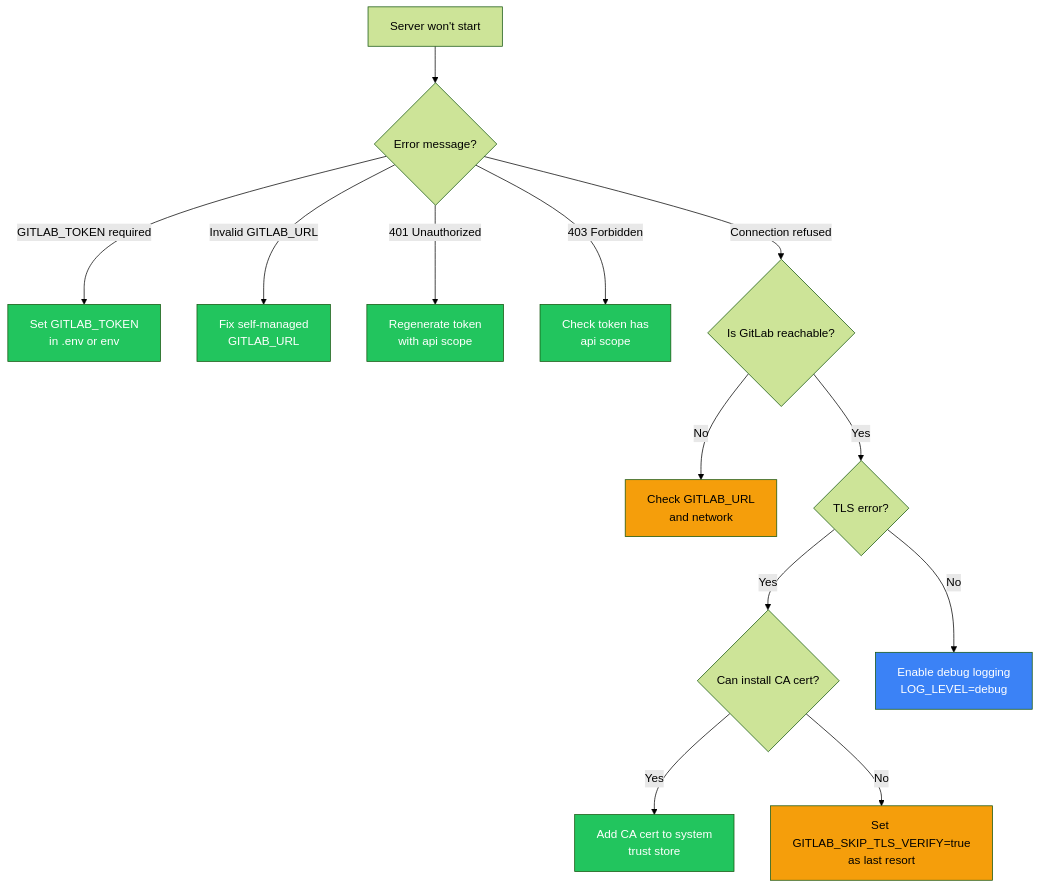
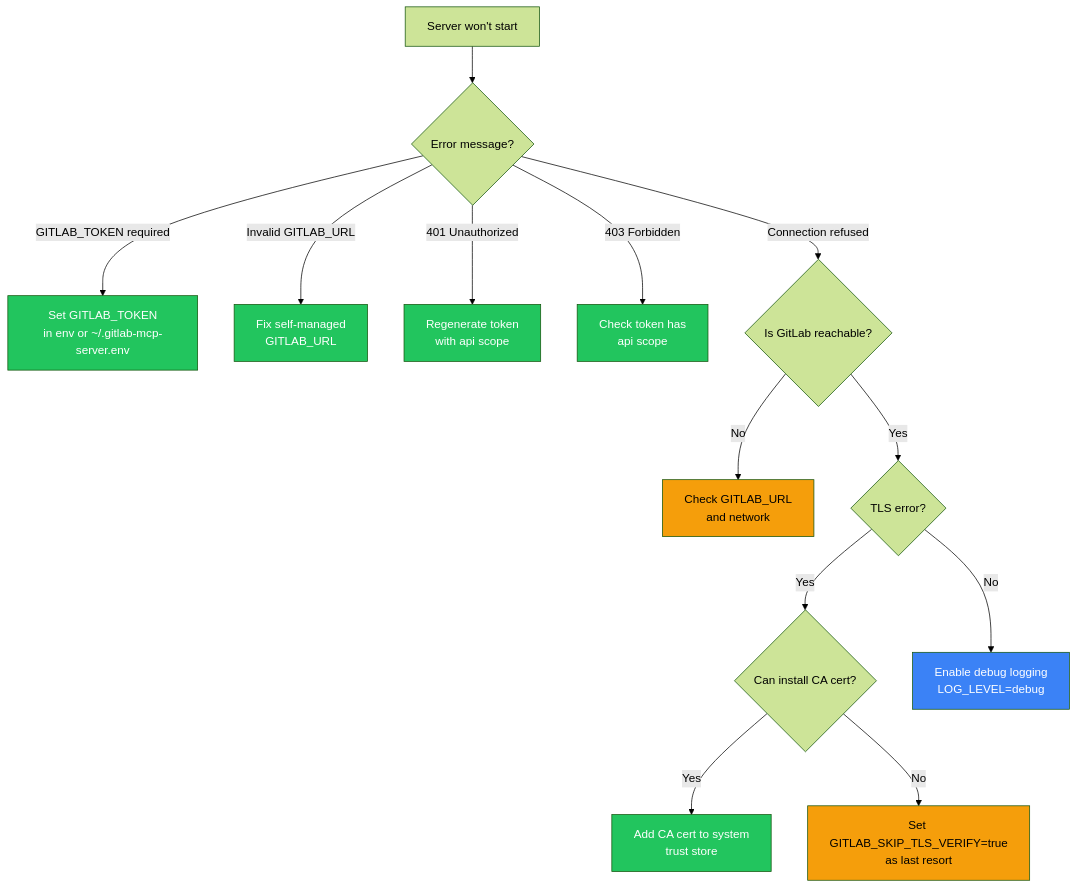
Before and after one commit to jmrplens/gitlab-mcp-server: the diagram in site/src/content/docs/operations/troubleshooting.mdx, drawn with Mermaid (forest theme). The commit also changed other lines of this file and 197 other files, not shown here.

````diff
--- a/site/src/content/docs/operations/troubleshooting.mdx
+++ b/site/src/content/docs/operations/troubleshooting.mdx
@@ -22,24 +22,24 @@
 ```mermaid
 flowchart TD
     A[Server won't start] --> B{Error message?}
-    B -->|GITLAB_TOKEN required| C[Set GITLAB_TOKEN<br/>in .env or env]
+    B -->|GITLAB_TOKEN required| C[Set GITLAB_TOKEN<br/>in env or ~/.gitlab-mcp-server.env]
     B -->|Invalid GITLAB_URL| D[Fix self-managed<br/>GITLAB_URL]
     B -->|401 Unauthorized| E[Regenerate token<br/>with api scope]
     B -->|403 Forbidden| F[Check token has<br/>api scope]
     B -->|Connection refused| G{Is GitLab reachable?}
     G -->|No| H[Check GITLAB_URL<br/>and network]
     G -->|Yes| I{TLS error?}
     I -->|Yes| J{Can install CA cert?}
     J -->|Yes| J1[Add CA cert to system<br/>trust store]
     J -->|No| J2[Set GITLAB_SKIP_TLS_VERIFY=true<br/>as last resort]
     I -->|No| K[Enable debug logging<br/>LOG_LEVEL=debug]
 
     style C fill:#22c55e,color:#fff
     style D fill:#22c55e,color:#fff
     style E fill:#22c55e,color:#fff
     style F fill:#22c55e,color:#fff
     style H fill:#f59e0b,color:#000
     style J1 fill:#22c55e,color:#fff
     style J2 fill:#f59e0b,color:#000
     style K fill:#3b82f6,color:#fff
 ```
````
